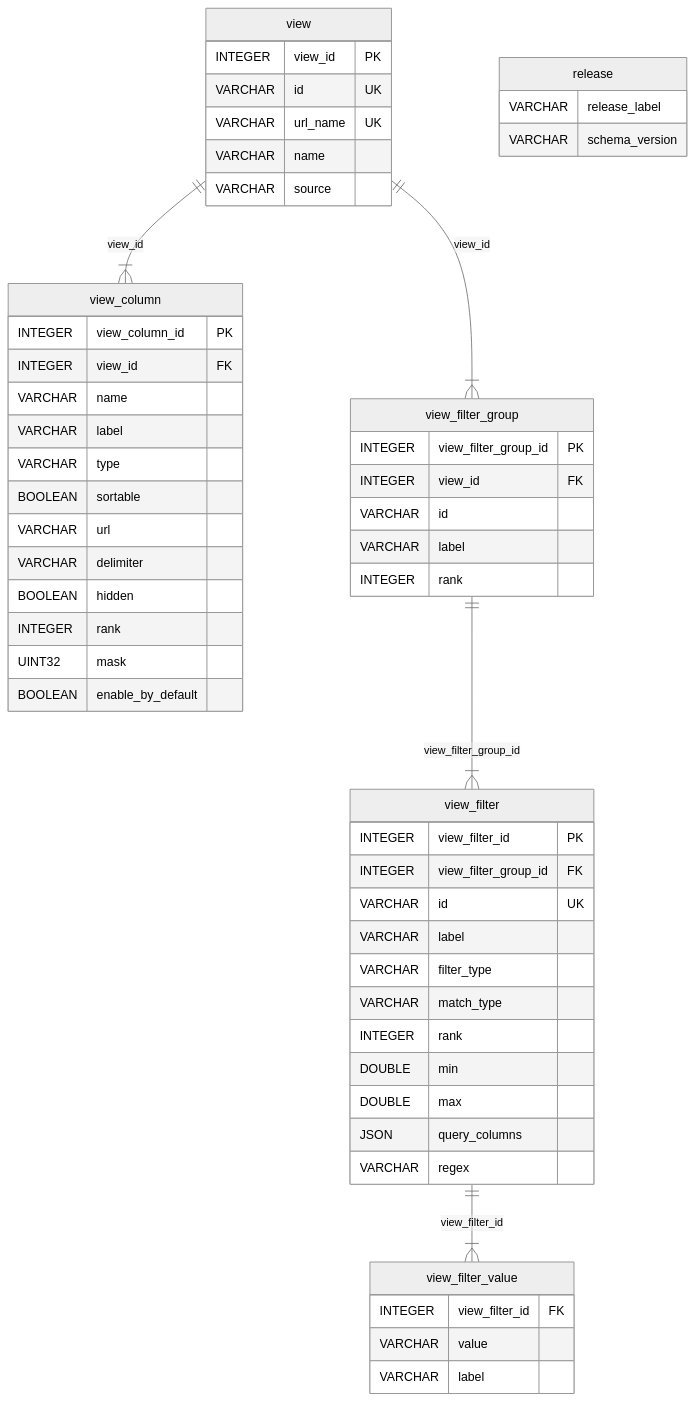
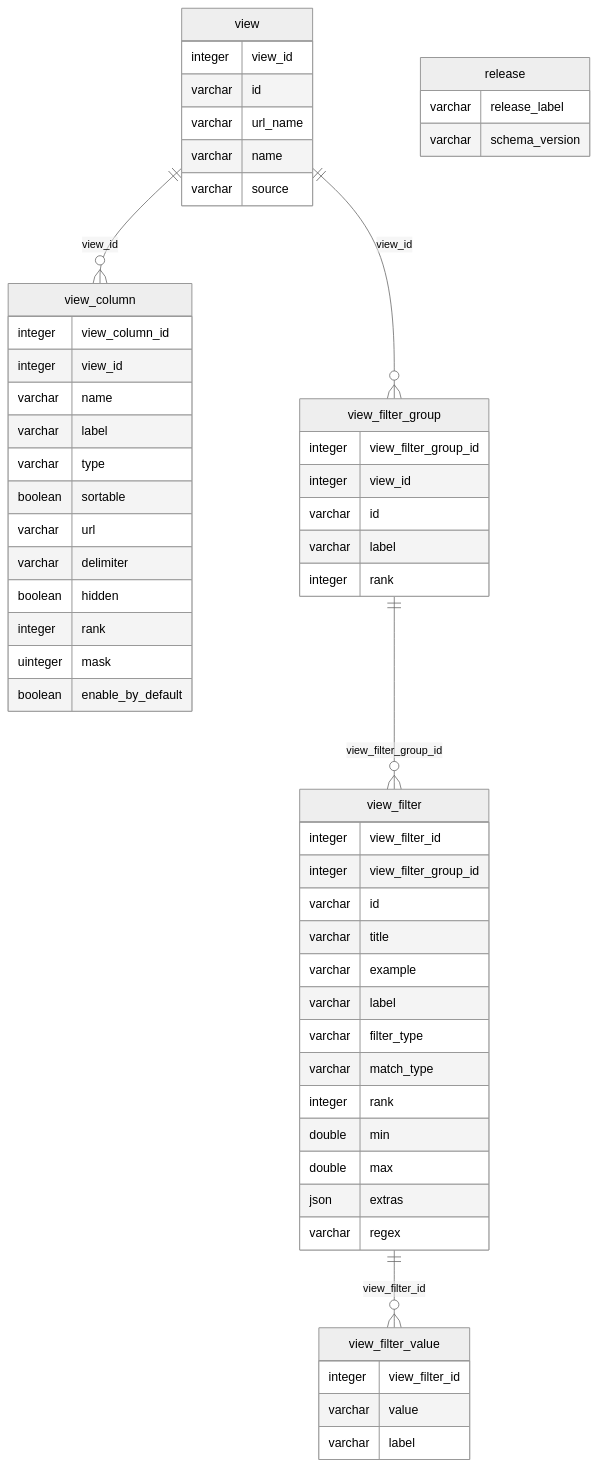
Before and after one commit to Ensembl/distiller: the diagram in etl/README.md, drawn with Mermaid (neutral theme). The commit also changed 1 other file, not shown here.

Commit message:
Updated schema and removed unused models

````diff
--- a/etl/README.md
+++ b/etl/README.md
@@ -115,63 +115,14 @@
 ```mermaid
 erDiagram
-    view {
-        INTEGER view_id PK
-        VARCHAR id UK
-        VARCHAR url_name UK
-        VARCHAR name
-        VARCHAR source
-    }
+    view_filter {integer view_filter_id integer view_filter_group_id varchar id varchar title varchar example varchar label varchar filter_type varchar match_type integer rank double min double max json extras varchar regex}
+    view_filter_value {integer view_filter_id varchar value varchar label}
+    view {integer view_id varchar id varchar url_name varchar name varchar source}
+    view_column {integer view_column_id integer view_id varchar name varchar label varchar type boolean sortable varchar url varchar delimiter boolean hidden integer rank uinteger mask boolean enable_by_default}
+    view_filter_group {integer view_filter_group_id integer view_id varchar id varchar label integer rank}
+    release {varchar release_label varchar schema_version}
+    view ||--o{ view_column : "view_id"
+    view ||--o{ view_filter_group : "view_id"
+    view_filter ||--o{ view_filter_value : "view_filter_id"
+    view_filter_group ||--o{ view_filter : "view_filter_group_id"
 
-    view_column {
-        INTEGER view_column_id PK
-        INTEGER view_id FK
-        VARCHAR name
-        VARCHAR label
-        VARCHAR type
-        BOOLEAN sortable
-        VARCHAR url
-        VARCHAR delimiter
-        BOOLEAN hidden
-        INTEGER rank
-        UINT32  mask
-        BOOLEAN enable_by_default
-    }
-
-    view_filter_group {
-        INTEGER view_filter_group_id PK
-        INTEGER view_id FK
-        VARCHAR id
-        VARCHAR label
-        INTEGER rank
-    }
-
-    view_filter {
-        INTEGER view_filter_id PK
-        INTEGER view_filter_group_id FK
-        VARCHAR id UK
-        VARCHAR label
-        VARCHAR filter_type
-        VARCHAR match_type
-        INTEGER rank
-        DOUBLE min
-        DOUBLE max
-        JSON query_columns
-        VARCHAR regex
-    }
-
-    view_filter_value {
-        INTEGER view_filter_id FK
-        VARCHAR value
-        VARCHAR label
-    }
-
-    release {
-        VARCHAR release_label
-        VARCHAR schema_version
-    }
-
-    view ||--|{ view_column : view_id
-    view ||--|{ view_filter_group : view_id
-    view_filter_group ||--|{ view_filter : view_filter_group_id
-    view_filter ||--|{ view_filter_value : view_filter_id
 ```
````
